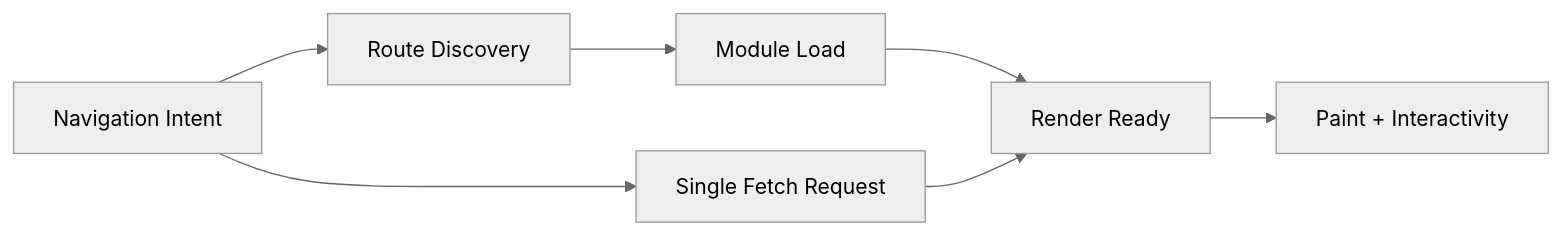
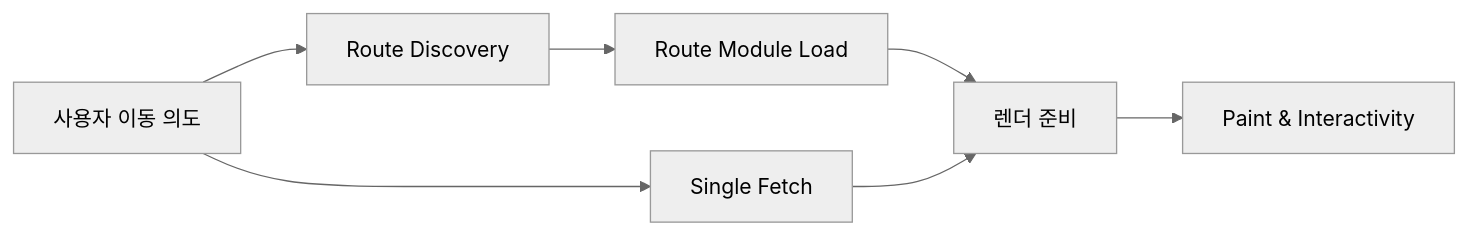
The diagram in content/react/react-router-v7-rsc-04-single-fetch-splitting.md (mje807/dev-blog), drawn with Mermaid (neutral theme) before and after one commit. The commit also changed other lines of this file and 6 other files, not shown here.

````diff
--- a/content/react/react-router-v7-rsc-04-single-fetch-splitting.md
+++ b/content/react/react-router-v7-rsc-04-single-fetch-splitting.md
@@ -142,9 +96,9 @@
 ```mermaid
 flowchart LR
-A[Navigation Intent] --> B[Route Discovery]
-B --> C[Module Load]
-A --> D[Single Fetch Request]
-C --> E[Render Ready]
+A[사용자 이동 의도] --> B[Route Discovery]
+B --> C[Route Module Load]
+A --> D[Single Fetch]
+C --> E[렌더 준비]
 D --> E
-E --> F[Paint + Interactivity]
+E --> F[Paint & Interactivity]
 ```
````
